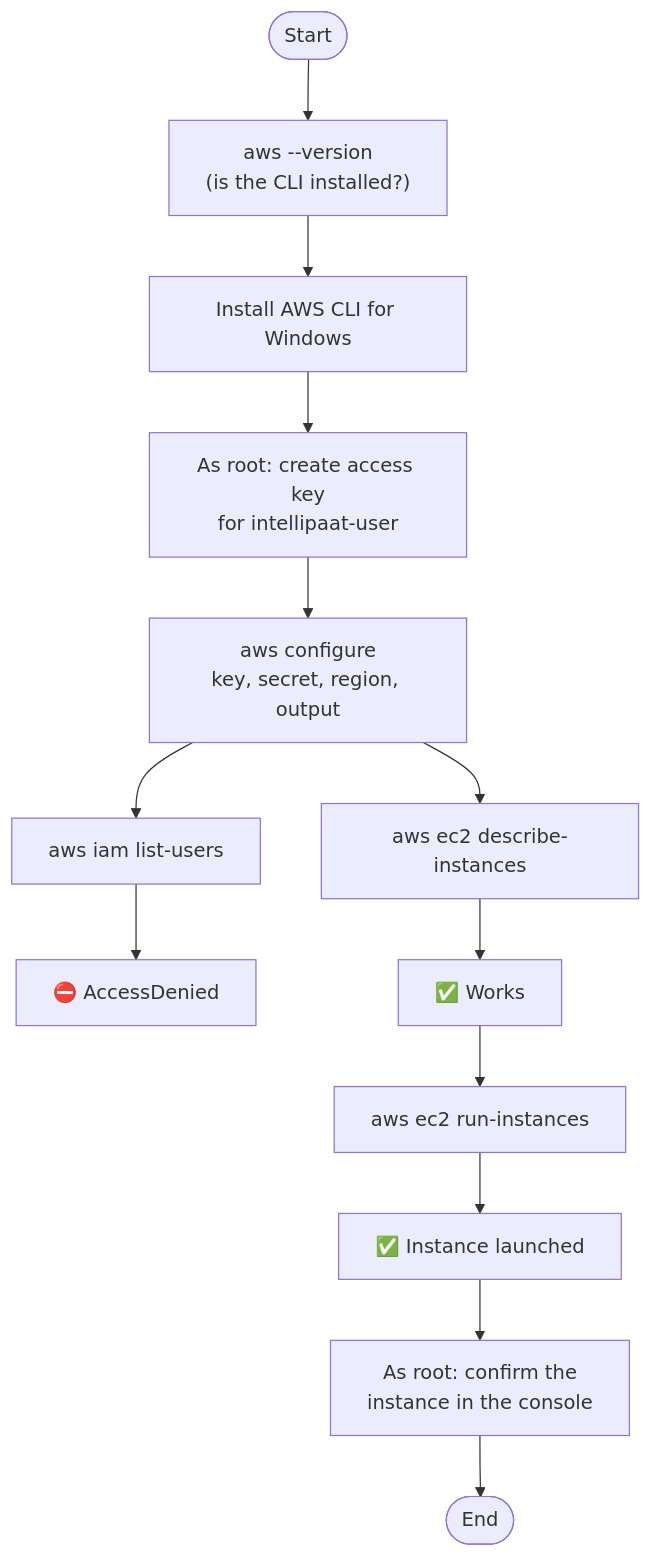
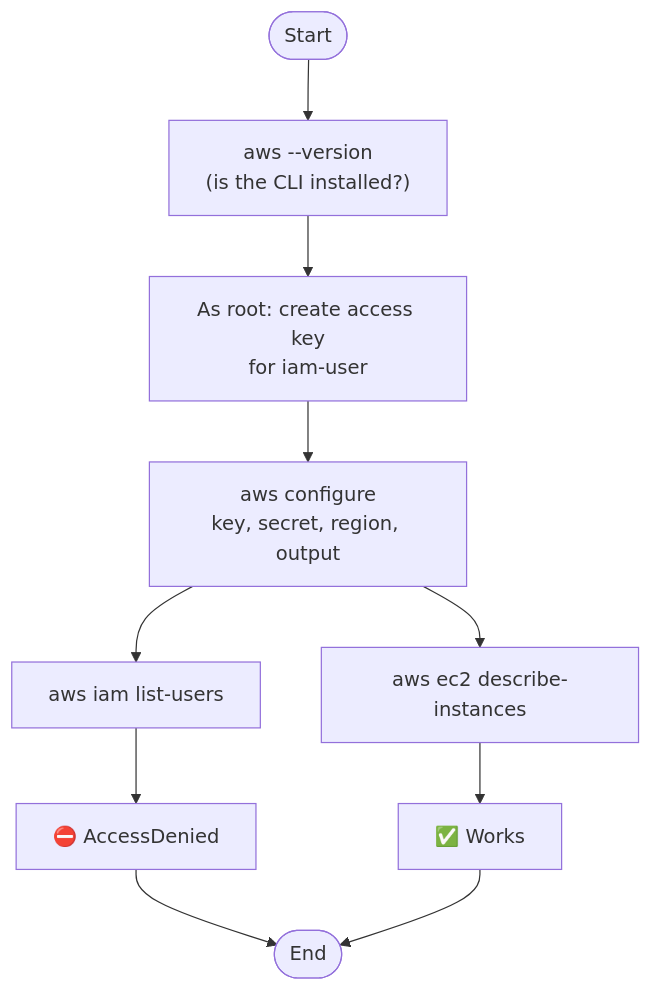
Before and after one commit to miraclechinwe/aws-cloud-labs: the second of 2 diagrams in 06-iam-user-aws-cli-access/README.md, drawn with Mermaid. The commit also changed other lines of this file and 2 other files, not shown here.

First line of the commit message:
Tidy IAM labs and main README

````diff
--- a/06-iam-user-aws-cli-access/README.md
+++ b/06-iam-user-aws-cli-access/README.md
@@ -51,15 +51,12 @@
 ```mermaid
 flowchart TD
     A([Start]) --> B["aws --version<br/>(is the CLI installed?)"]
-    B --> C["Install AWS CLI for Windows"]
-    C --> D["As root: create access key<br/>for intellipaat-user"]
+    B --> D["As root: create access key<br/>for iam-user"]
     D --> E["aws configure<br/>key, secret, region, output"]
     E --> F["aws iam list-users"]
     F --> G["⛔ AccessDenied"]
     E --> H["aws ec2 describe-instances"]
     H --> I["✅ Works"]
-    I --> J["aws ec2 run-instances"]
-    J --> K["✅ Instance launched"]
-    K --> L["As root: confirm the<br/>instance in the console"]
-    L --> M([End])
+    G --> M([End])
+    I --> M
 ```
````
